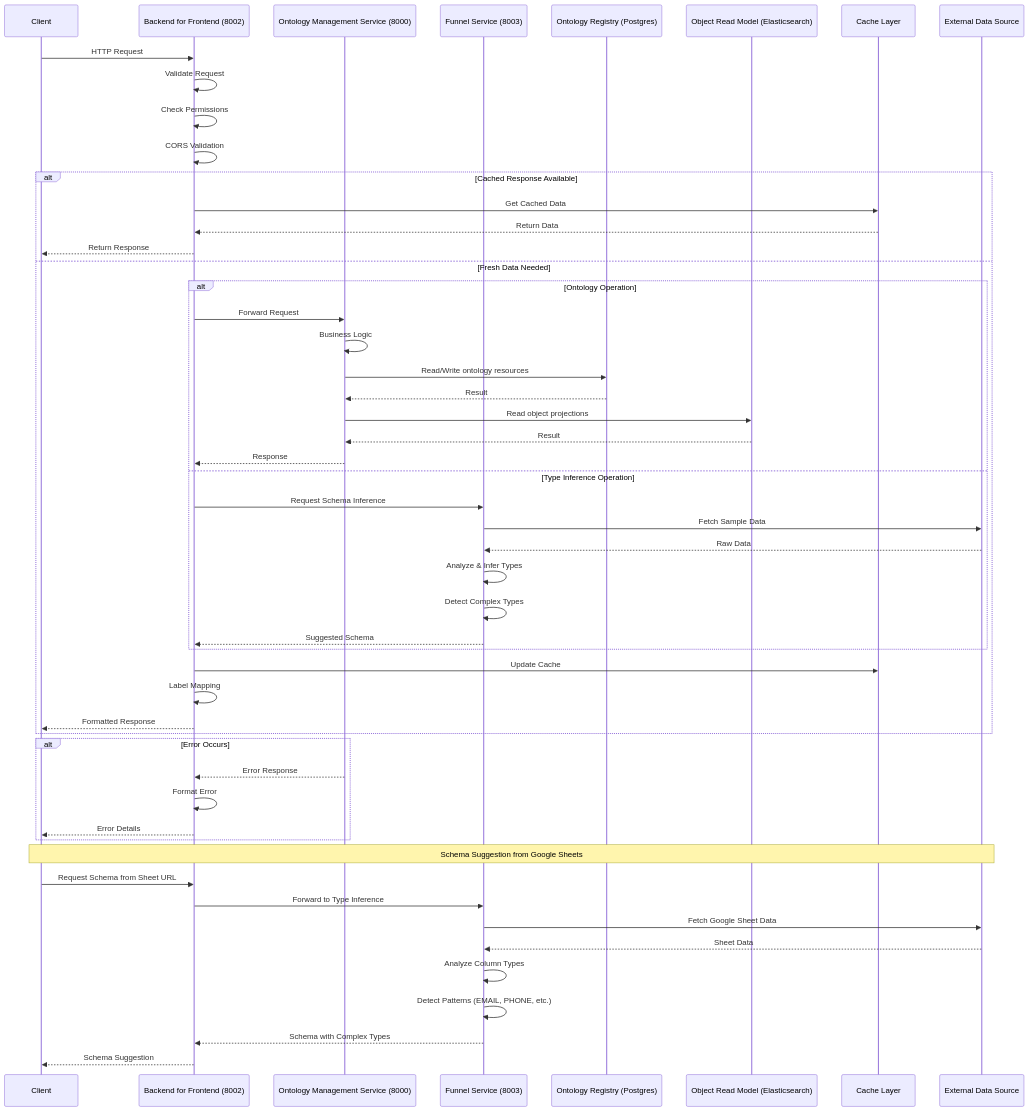
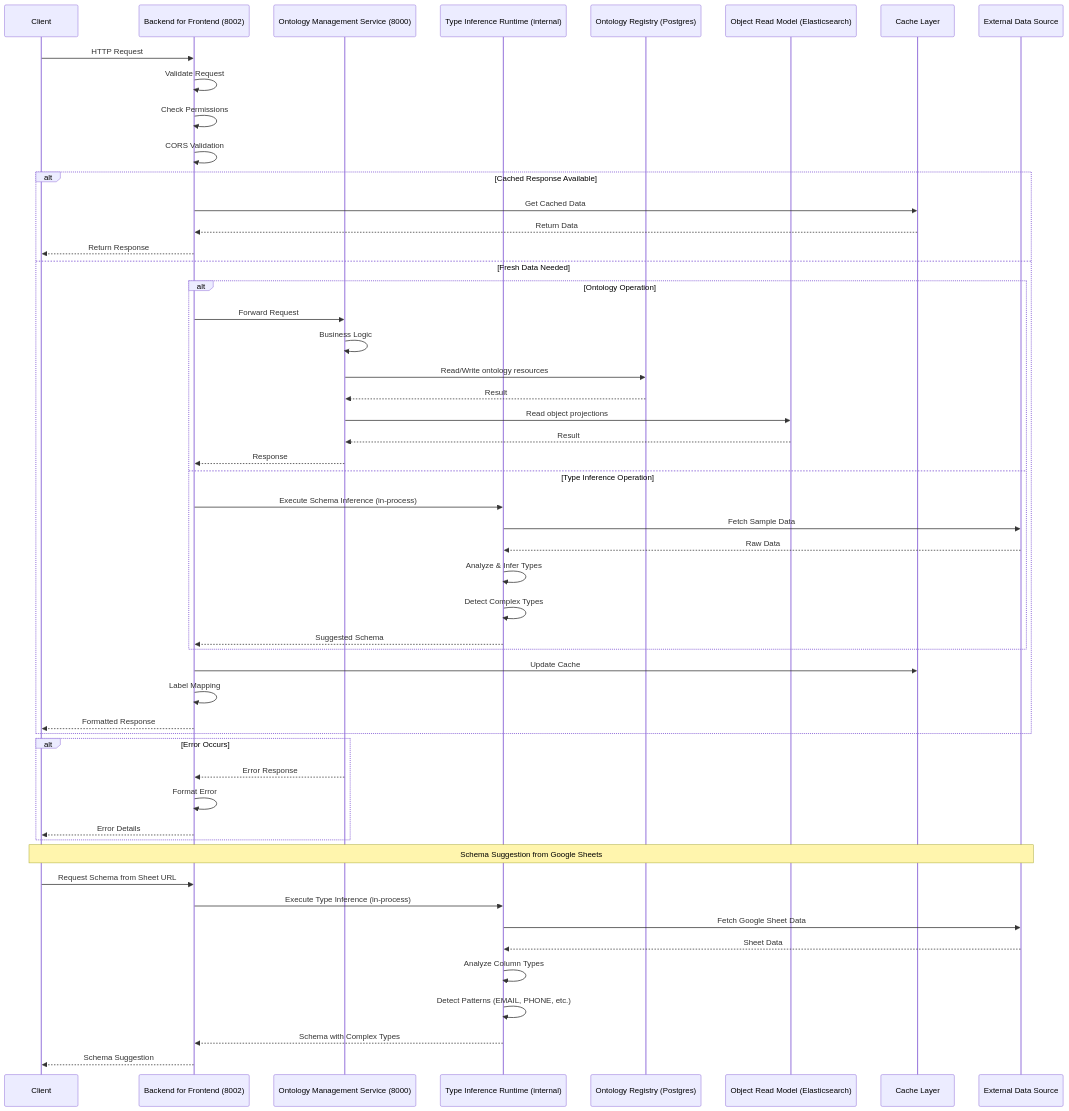
The diagram in docs/architecture/service_interactions.mmd (ludia8888/SPICE-Harvester), drawn with Mermaid before and after one commit. The commit also changed 109 other files, not shown here.

```diff
--- a/docs/architecture/service_interactions.mmd
+++ b/docs/architecture/service_interactions.mmd
@@ -1,62 +1,62 @@
 sequenceDiagram
     %% Service Interaction Flow
     %% Last Updated: 2026-02-15
     
     participant Client
     participant BFF as Backend for Frontend (8002)
     participant OMS as Ontology Management Service (8000)
-    participant Funnel as Funnel Service (8003)
+    participant Funnel as Type Inference Runtime (internal)
     participant PG as Ontology Registry (Postgres)
     participant Search as Object Read Model (Elasticsearch)
     participant Cache as Cache Layer
     participant ExtData as External Data Source
     
     %% Standard Request Flow
     Client->>BFF: HTTP Request
     BFF->>BFF: Validate Request
     BFF->>BFF: Check Permissions
     BFF->>BFF: CORS Validation
     
     alt Cached Response Available
         BFF->>Cache: Get Cached Data
         Cache-->>BFF: Return Data
         BFF-->>Client: Return Response
     else Fresh Data Needed
         alt Ontology Operation
             BFF->>OMS: Forward Request
             OMS->>OMS: Business Logic
             OMS->>PG: Read/Write ontology resources
             PG-->>OMS: Result
             OMS->>Search: Read object projections
             Search-->>OMS: Result
             OMS-->>BFF: Response
         else Type Inference Operation
-            BFF->>Funnel: Request Schema Inference
+            BFF->>Funnel: Execute Schema Inference (in-process)
             Funnel->>ExtData: Fetch Sample Data
             ExtData-->>Funnel: Raw Data
             Funnel->>Funnel: Analyze & Infer Types
             Funnel->>Funnel: Detect Complex Types
             Funnel-->>BFF: Suggested Schema
         end
         BFF->>Cache: Update Cache
         BFF->>BFF: Label Mapping
         BFF-->>Client: Formatted Response
     end
     
     %% Error Handling
     alt Error Occurs
         OMS-->>BFF: Error Response
         BFF->>BFF: Format Error
         BFF-->>Client: Error Details
     end
     
     %% Schema Suggestion Flow
     note over Client,ExtData: Schema Suggestion from Google Sheets
     Client->>BFF: Request Schema from Sheet URL
-    BFF->>Funnel: Forward to Type Inference
+    BFF->>Funnel: Execute Type Inference (in-process)
     Funnel->>ExtData: Fetch Google Sheet Data
     ExtData-->>Funnel: Sheet Data
     Funnel->>Funnel: Analyze Column Types
     Funnel->>Funnel: Detect Patterns (EMAIL, PHONE, etc.)
     Funnel-->>BFF: Schema with Complex Types
     BFF-->>Client: Schema Suggestion
```
